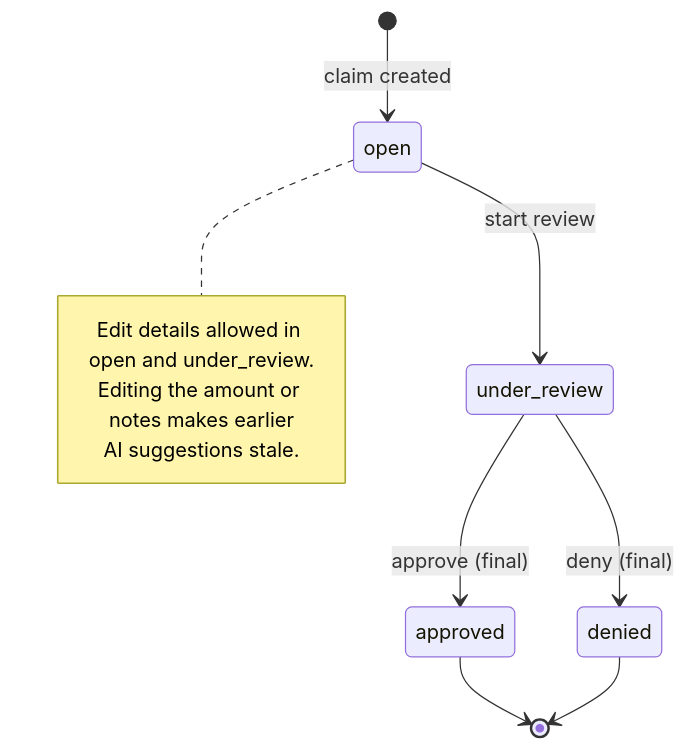
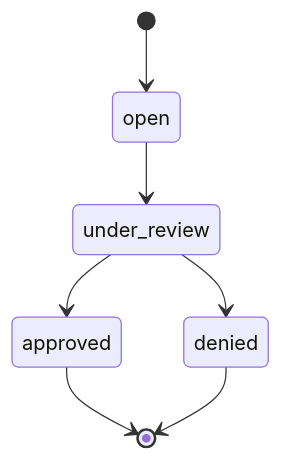
The fifth of 5 diagrams in README.md (ckwan/claim_feedback_loop), drawn with Mermaid before and after one commit. The commit also changed other lines of this file and 8 other files, not shown here.

````diff
--- a/README.md
+++ b/README.md
@@ -115,14 +96,9 @@
 ```mermaid
 stateDiagram-v2
-    [*] --> open: claim created
-    open --> under_review: start review
-    under_review --> approved: approve (final)
-    under_review --> denied: deny (final)
+    [*] --> open
+    open --> under_review
+    under_review --> approved
+    under_review --> denied
     approved --> [*]
     denied --> [*]
-    note right of open
-        Edit details allowed in open and under_review.
-        Editing the amount or notes makes earlier
-        AI suggestions stale.
-    end note
 ```
````
